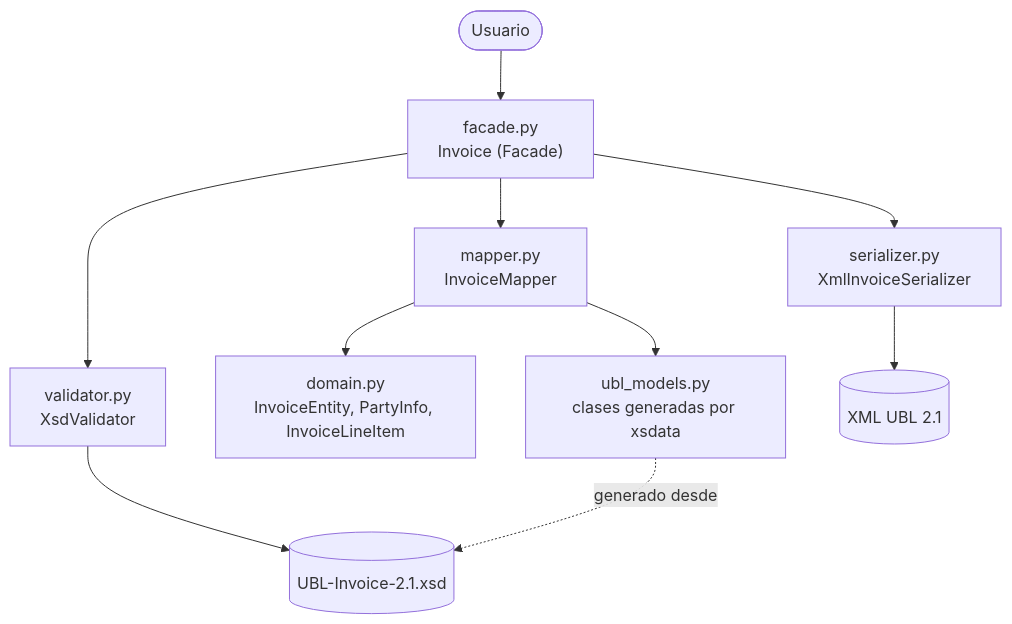
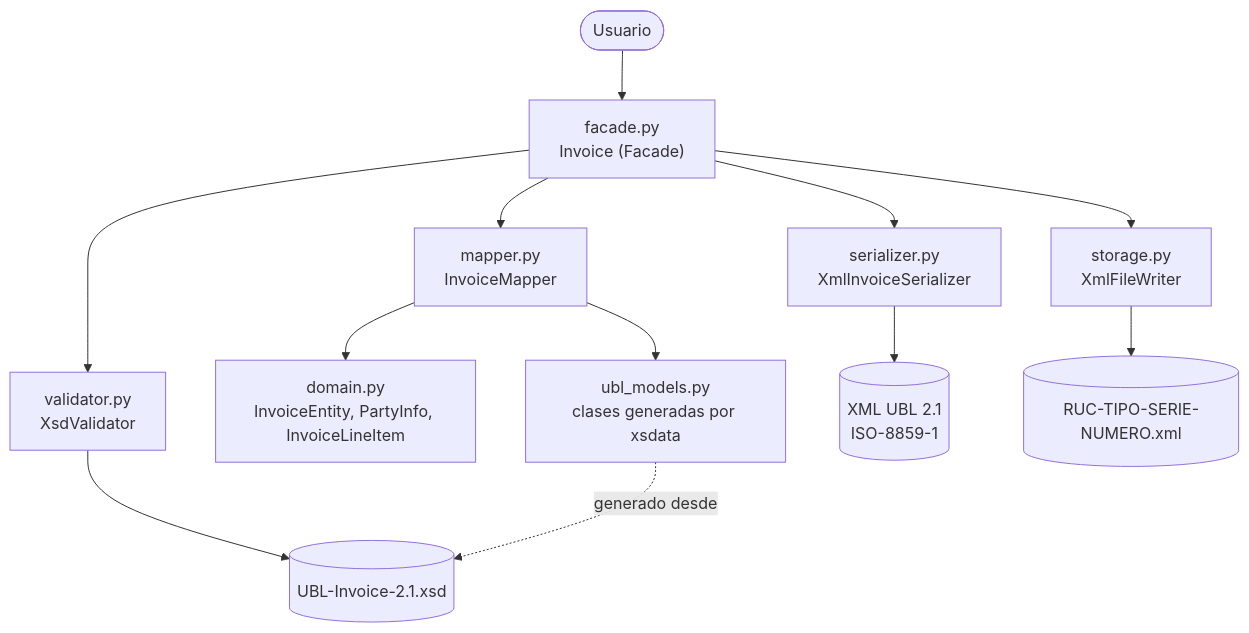
One commit to Ivan-10k/ubl-invoice-xml-generator changed the first of 2 diagrams in README.md. Above: the diagram before and after it, drawn with Mermaid. The commit also changed other lines of this file and 11 other files, not shown here.

Commit message:
Feat: archivo fisico RUC-TIPO-SERIE-NUMERO.xml en ISO-8859-1

````diff
--- a/README.md
+++ b/README.md
@@ -27,12 +27,14 @@
 ```mermaid
 flowchart TD
     U([Usuario]) --> F["facade.py<br/>Invoice (Facade)"]
     F --> M["mapper.py<br/>InvoiceMapper"]
     F --> S["serializer.py<br/>XmlInvoiceSerializer"]
     F --> V["validator.py<br/>XsdValidator"]
+    F --> W["storage.py<br/>XmlFileWriter"]
     M --> D["domain.py<br/>InvoiceEntity, PartyInfo, InvoiceLineItem"]
     M --> G["ubl_models.py<br/>clases generadas por xsdata"]
-    S --> X[("XML UBL 2.1")]
+    S --> X[("XML UBL 2.1<br/>ISO-8859-1")]
     V --> XSD[("UBL-Invoice-2.1.xsd")]
+    W --> FILE[("RUC-TIPO-SERIE-NUMERO.xml")]
     G -. generado desde .-> XSD
 ```
````
